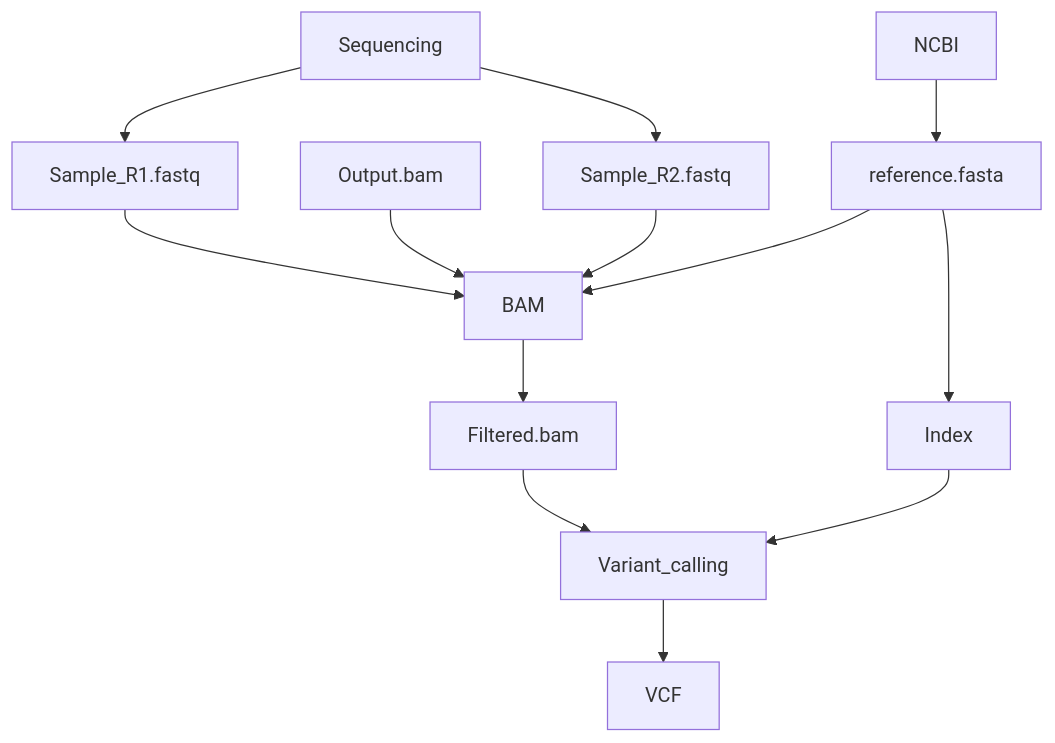
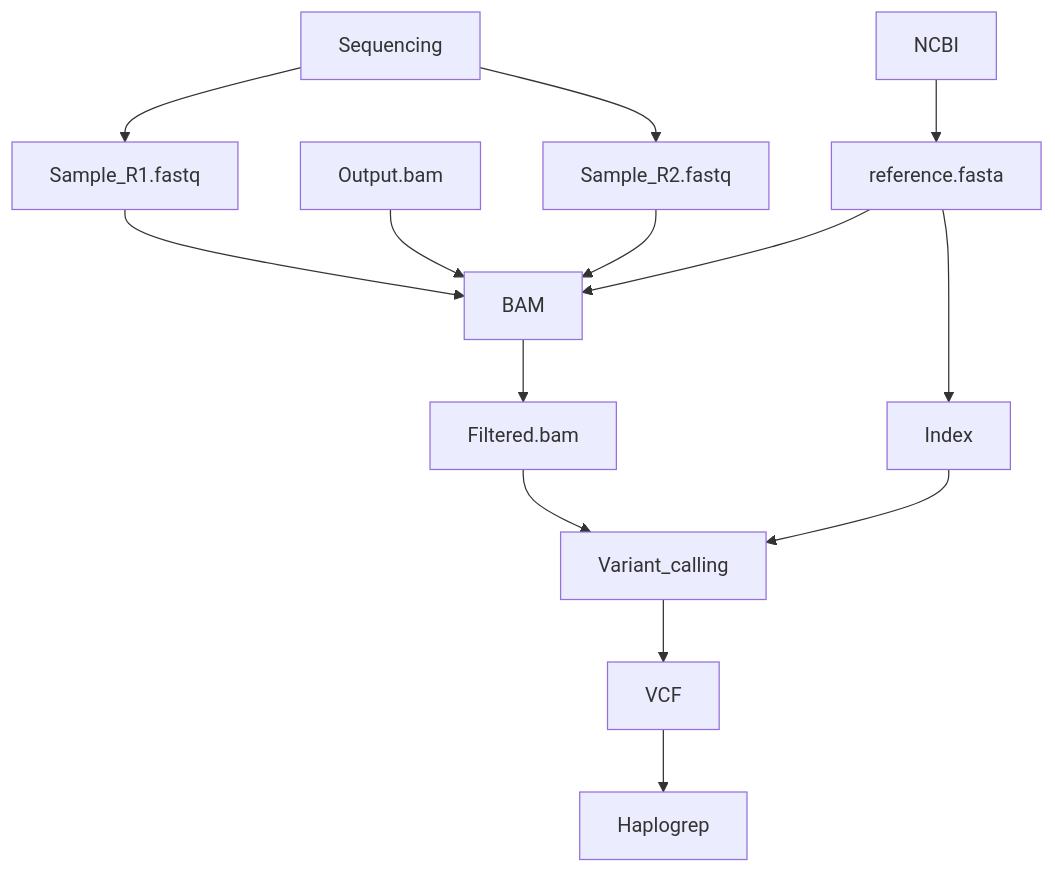
The diagram in README.md (fchuffar/mitoseq), drawn with Mermaid before and after one commit.

````diff
--- a/README.md
+++ b/README.md
@@ -29,16 +29,17 @@
 ```mermaid
 graph TD;
 Sequencing-->Sample_R1.fastq;
 Sequencing-->Sample_R2.fastq;
 NCBI-->reference.fasta;
 Sample_R1.fastq-->BAM;
 Output.bam-->BAM;
 Sample_R2.fastq-->BAM;
 reference.fasta-->BAM;
 reference.fasta-->Index;
 BAM-->Filtered.bam;
 Filtered.bam-->Variant_calling;
 Index-->Variant_calling;
-Variant_calling-->VCF
+Variant_calling-->VCF;
+VCF-->Haplogrep
 
 ```
````
